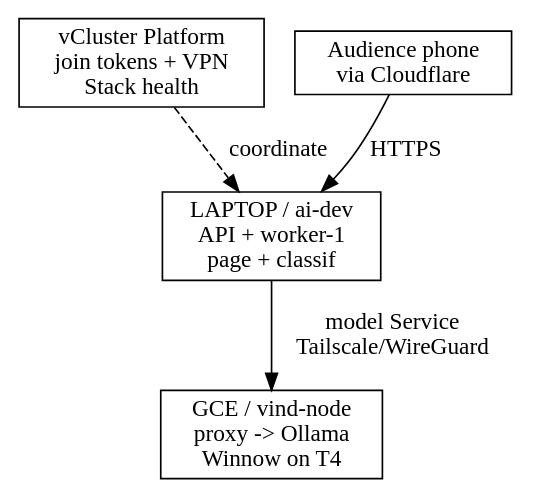
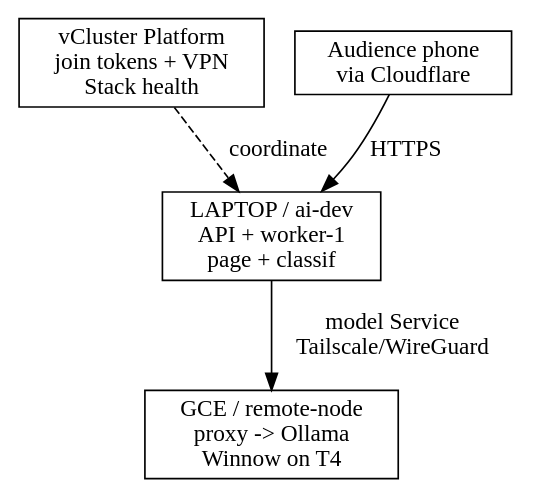
The diagram in ai-dev-loop/diagrams/architecture.dot (Piotr1215/youtube), drawn with Graphviz before and after one commit. The commit also changed 7 other files, not shown here.

First line of the commit message:
refactor(ai-dev-loop): swap the eval and pause slides for capabilities, name the t4 remote-node

```diff
--- a/ai-dev-loop/diagrams/architecture.dot
+++ b/ai-dev-loop/diagrams/architecture.dot
@@ -1,13 +1,13 @@
 digraph architecture {
   rankdir=TB;
   node [shape=box];
 
   platform [label="vCluster Platform\njoin tokens + VPN\nStack health"];
   audience [label="Audience phone\nvia Cloudflare"];
   laptop [label="LAPTOP / ai-dev\nAPI + worker-1\npage + classif"];
-  gpu [label="GCE / vind-node\nproxy -> Ollama\nWinnow on T4"];
+  gpu [label="GCE / remote-node\nproxy -> Ollama\nWinnow on T4"];
 
   platform -> laptop [label="coordinate", style=dashed];
   audience -> laptop [label="HTTPS"];
   laptop -> gpu [label="model Service\nTailscale/WireGuard"];
 }
```
